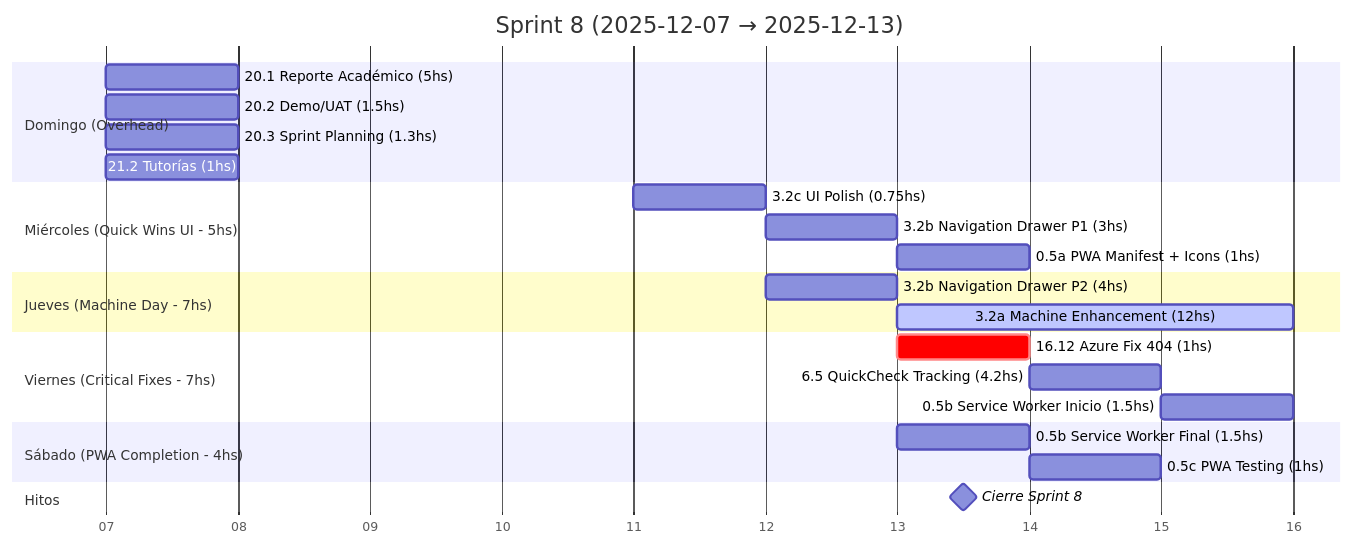
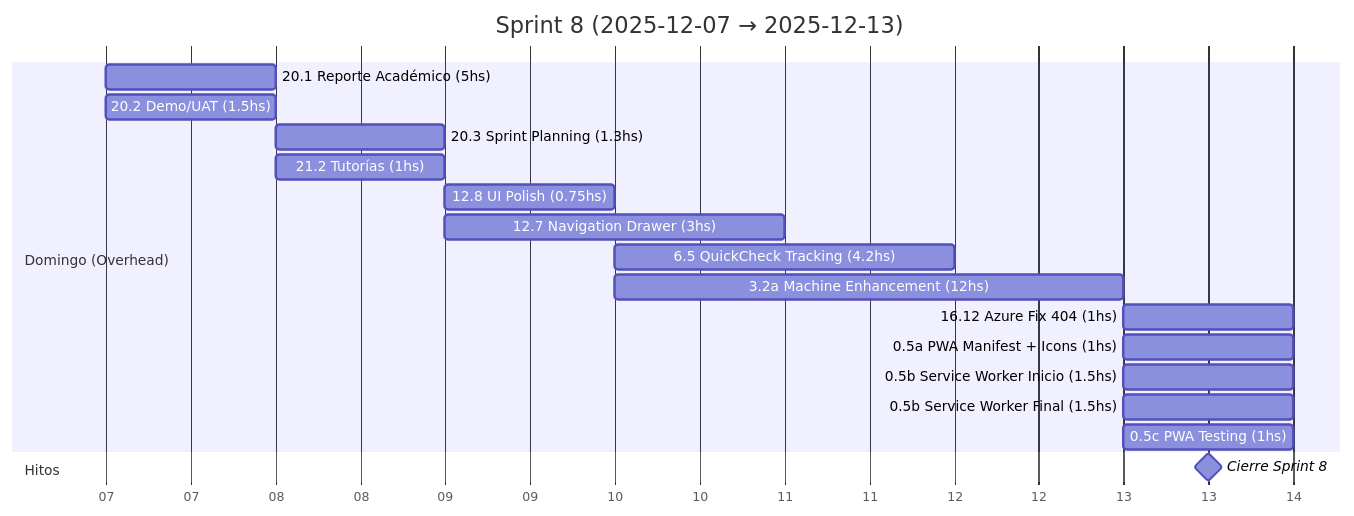
One commit to MarkMed/FleetMan changed the ninth of 19 diagrams in docs/SprintsGantts.md. Above: the diagram before and after it, drawn with Mermaid. The commit also changed 3 other files, not shown here.

Commit message:
feat: Update Sprint #8 planning and goals with enhanced machine features, navigation drawer, and PWA infrastructure

````diff
--- a/docs/SprintsGantts.md
+++ b/docs/SprintsGantts.md
@@ -247,35 +247,27 @@
 ```mermaid
 gantt
   title Sprint 8 (2025-12-07 → 2025-12-13)
   dateFormat  YYYY-MM-DD
   axisFormat  %d
 
   %% Asumimos 5 h/día. Horas estimadas incluidas en el nombre.
 
   section Domingo (Overhead)
   20.1 Reporte Académico (5hs)                 :t201, 2025-12-07, 1d
   20.2 Demo/UAT (1.5hs)                        :t202, 2025-12-07, 1d
-  20.3 Sprint Planning (1.3hs)                 :t203, 2025-12-07, 1d
-  21.2 Tutorías (1hs)                          :t212, 2025-12-07, 1d
+  20.3 Sprint Planning (1.3hs)                 :t203, 2025-12-08, 1d
+  21.2 Tutorías (1hs)                          :t212, 2025-12-08, 1d
 
-  section Miércoles (Quick Wins UI - 5hs)
-  3.2c UI Polish (0.75hs)                      :t32c, 2025-12-11, 1d
-  3.2b Navigation Drawer P1 (3hs)              :t32b1, after t32c, 1d
-  0.5a PWA Manifest + Icons (1hs)              :t05a, after t32b1, 1d
-
-  section Jueves (Machine Day - 7hs)
-  3.2b Navigation Drawer P2 (4hs)              :t32b2, 2025-12-12, 1d
-  3.2a Machine Enhancement (12hs)              :active, t32a, after t32b2, 3d
-
-  section Viernes (Critical Fixes - 7hs)
-  16.12 Azure Fix 404 (1hs)                    :crit, t1612, 2025-12-13, 1d
-  6.5 QuickCheck Tracking (4.2hs)              :t65, after t1612, 1d
-  0.5b Service Worker Inicio (1.5hs)           :t05b1, after t65, 1d
-
-  section Sábado (PWA Completion - 4hs)
+  12.8 UI Polish (0.75hs)                      :t128, 2025-12-09, 1d
+  12.7 Navigation Drawer (3hs)              :t127a, 2025-12-09, 2d
+  6.5 QuickCheck Tracking (4.2hs)              :t65, 2025-12-10, 2d
+  3.2a Machine Enhancement (12hs)              :t32a, 2025-12-10, 3d
+  16.12 Azure Fix 404 (1hs)                    :t1612, 2025-12-13, 1d
+  0.5a PWA Manifest + Icons (1hs)              :t05a, 2025-12-13, 1d
+  0.5b Service Worker Inicio (1.5hs)           :t05b1, 2025-12-13, 1d
   0.5b Service Worker Final (1.5hs)            :t05b2, 2025-12-13, 1d
-  0.5c PWA Testing (1hs)                       :t05c, after t05b2, 1d
+  0.5c PWA Testing (1hs)                       :t05c, 2025-12-13, 1d
 
   section Hitos
   Cierre Sprint 8                              :milestone, s8, 2025-12-13, 1d
 ```
````
